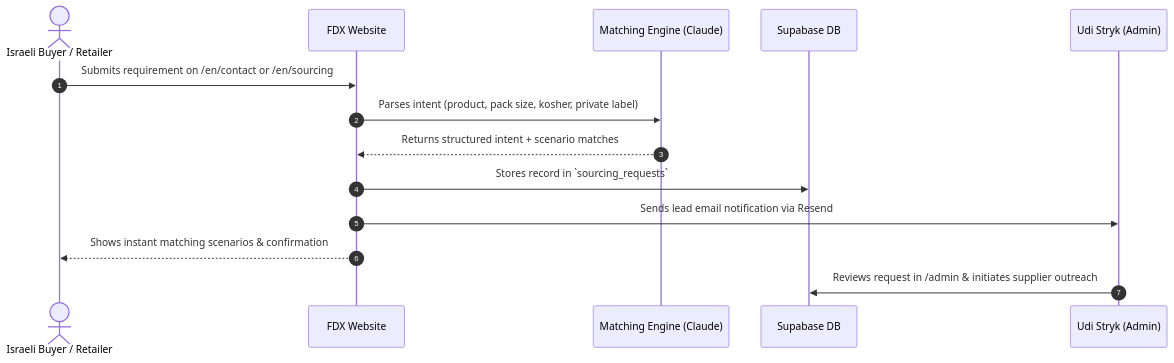
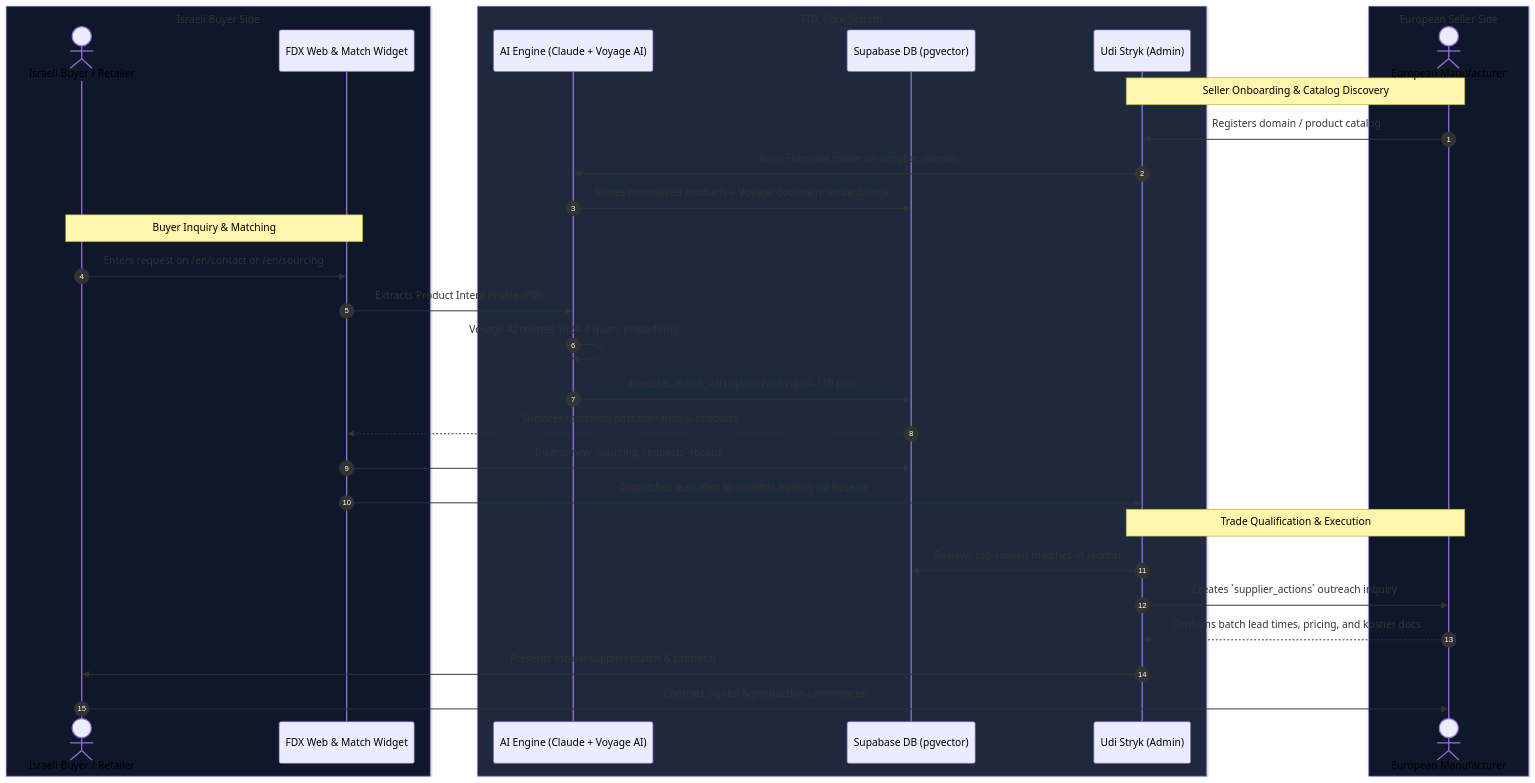
One commit to foodXchange/FDX changed the diagram in docs/PRODUCT_STORY.md. Above: the diagram before and after it, drawn with Mermaid. The commit also changed other lines of this file and 1 other file, not shown here.

Commit message:
docs: add Voyage AI, Firecrawl pipeline, ER schema, and buyer/seller diagrams to architecture and product story

````diff
--- a/docs/PRODUCT_STORY.md
+++ b/docs/PRODUCT_STORY.md
@@ -27,17 +27,42 @@
 ```mermaid
 sequenceDiagram
     autonumber
+    box rgb(15, 23, 42) Israeli Buyer Side
     actor Buyer as Israeli Buyer / Retailer
-    participant Web as FDX Website
-    participant AI as Matching Engine (Claude)
-    participant DB as Supabase DB
+    participant Portal as FDX Web & Match Widget
+    end
+
+    box rgb(30, 41, 59) FDX Core System
+    participant AI as AI Engine (Claude + Voyage AI)
+    participant DB as Supabase DB (pgvector)
     participant Admin as Udi Stryk (Admin)
+    end
 
-    Buyer->>Web: Submits requirement on /en/contact or /en/sourcing
-    Web->>AI: Parses intent (product, pack size, kosher, private label)
-    AI-->>Web: Returns structured intent + scenario matches
-    Web->>DB: Stores record in `sourcing_requests`
-    Web->>Admin: Sends lead email notification via Resend
-    Web-->>Buyer: Shows instant matching scenarios & confirmation
-    Admin->>DB: Reviews request in /admin & initiates supplier outreach
+    box rgb(15, 23, 42) European Seller Side
+    actor Seller as European Manufacturer
+    end
+
+    %% Step 1: Ingestion
+    Note over Seller, Admin: Seller Onboarding & Catalog Discovery
+    Seller->>Admin: Registers domain / product catalog
+    Admin->>AI: Runs Firecrawl spider on supplier domain
+    AI->>DB: Stores normalized products + Voyage document embeddings
+
+    %% Step 2: Buyer Inquiry
+    Note over Buyer, Portal: Buyer Inquiry & Matching
+    Buyer->>Portal: Enters request on /en/contact or /en/sourcing
+    Portal->>AI: Extracts Product Intent Profile (PIP)
+    AI->>AI: Voyage AI creates 1024-d query embedding
+    AI->>DB: Executes match_v3() hybrid ranking (0–110 pts)
+    DB-->>Portal: Surfaces matching past scenarios & products
+    Portal->>DB: Inserts new `sourcing_requests` record
+    Portal->>Admin: Dispatches lead alert to udi@fdx.trading via Resend
+
+    %% Step 3: Deal Facilitation
+    Note over Admin, Seller: Trade Qualification & Execution
+    Admin->>DB: Reviews top-ranked matches in /admin
+    Admin->>Seller: Creates `supplier_actions` outreach inquiry
+    Seller-->>Admin: Confirms batch lead times, pricing, and kosher docs
+    Admin->>Buyer: Presents formal supplier match & proposal
+    Buyer->>Seller: Contract signed & production commences
 ```
````
